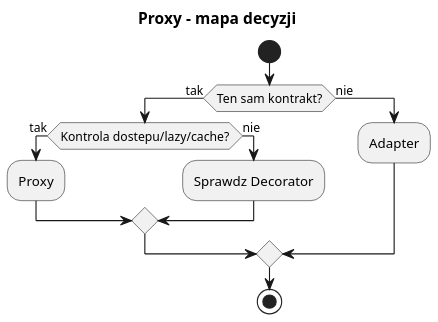
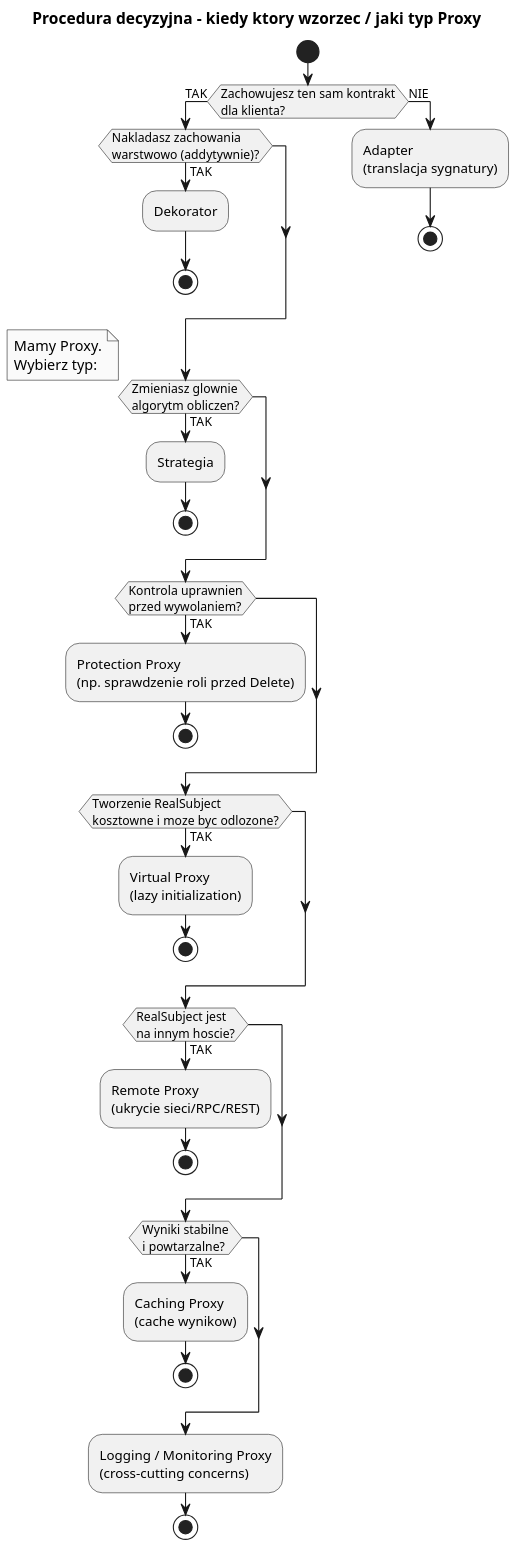
The diagram in src/10-proxy/02-kiedy-stosowac-zalety-wady/diagrams/01-decision-map.puml (tborzyszkowski/DesignPatterns), drawn with PlantUML before and after one commit. The commit also changed 7 other files, not shown here.

```diff
--- a/src/10-proxy/02-kiedy-stosowac-zalety-wady/diagrams/01-decision-map.puml
+++ b/src/10-proxy/02-kiedy-stosowac-zalety-wady/diagrams/01-decision-map.puml
@@ -1,19 +1,54 @@
 @startuml proxy_decision_map
-title Proxy - mapa decyzji
+title Procedura decyzyjna - kiedy ktory wzorzec / jaki typ Proxy
 
 skinparam monochrome true
 skinparam dpi 150
 
 start
-if (Ten sam kontrakt?) then (tak)
-  if (Kontrola dostepu/lazy/cache?) then (tak)
-    :Proxy;
-  else (nie)
-    :Sprawdz Decorator;
+
+if (Zachowujesz ten sam kontrakt\ndla klienta?) then (TAK)
+
+  if (Nakladasz zachowania\nwarstwowo (addytywnie)?) then (TAK)
+    :Dekorator;
+    stop
   endif
-else (nie)
-  :Adapter;
+
+  if (Zmieniasz glownie\nalgorytm obliczen?) then (TAK)
+    :Strategia;
+    stop
+  endif
+
+  note right
+    Mamy Proxy.
+    Wybierz typ:
+  end note
+
+  if (Kontrola uprawnien\nprzed wywolaniem?) then (TAK)
+    :Protection Proxy\n(np. sprawdzenie roli przed Delete);
+    stop
+  endif
+
+  if (Tworzenie RealSubject\nkosztowne i moze byc odlozone?) then (TAK)
+    :Virtual Proxy\n(lazy initialization);
+    stop
+  endif
+
+  if (RealSubject jest\nna innym hoscie?) then (TAK)
+    :Remote Proxy\n(ukrycie sieci/RPC/REST);
+    stop
+  endif
+
+  if (Wyniki stabilne\ni powtarzalne?) then (TAK)
+    :Caching Proxy\n(cache wynikow);
+    stop
+  endif
+
+  :Logging / Monitoring Proxy\n(cross-cutting concerns);
+  stop
+
+else (NIE)
+  :Adapter\n(translacja sygnatury);
+  stop
 endif
-stop
 
 @enduml
```
